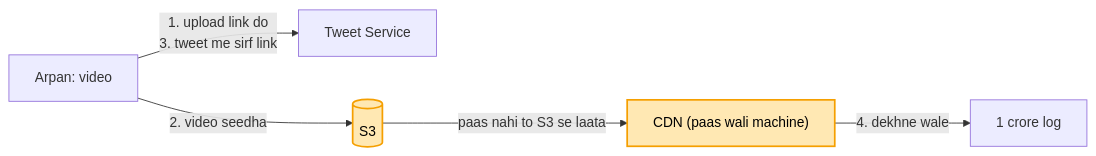
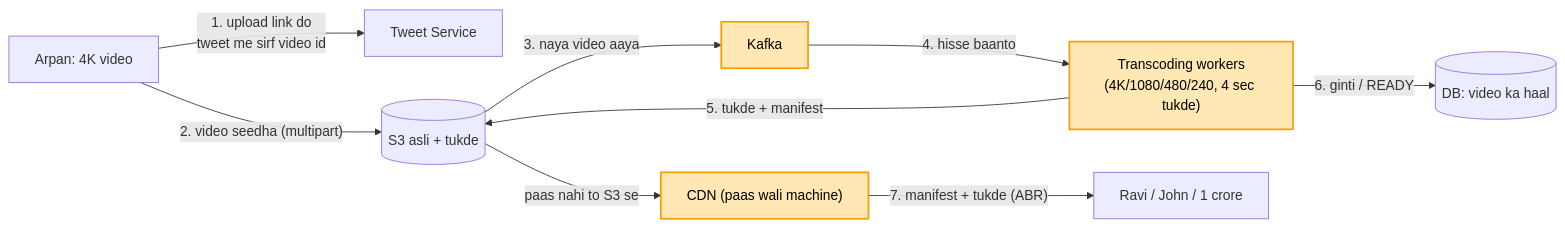
One commit to ArpanMaheshwari144/Prep changed the eighth of 9 diagrams in 04_HLD/SYSTEM_DESIGNS/03_twitter_feed/03_twitter_feed.md. Above: the diagram before and after it, drawn with Mermaid. The commit also changed other lines of this file and 1 other file, not shown here.

````diff
--- a/04_HLD/SYSTEM_DESIGNS/03_twitter_feed/03_twitter_feed.md
+++ b/04_HLD/SYSTEM_DESIGNS/03_twitter_feed/03_twitter_feed.md
@@ -380,9 +393,14 @@
 ```mermaid
 flowchart LR
-    U["Arpan: video"] -- "1. upload link do<br/>3. tweet me sirf link" --> TS["Tweet Service"]
-    U -- "2. video seedha" --> S3[("S3")]
-    S3 -- "paas nahi to S3 se laata" --> CDN["CDN (paas wali machine)"]
-    CDN -- "4. dekhne wale" --> V["1 crore log"]
-    style S3 fill:#ffe8b3,stroke:#f59f00,stroke-width:2px,color:#000
+    U["Arpan: 4K video"] -- "1. upload link do<br/>tweet me sirf video id" --> TS["Tweet Service"]
+    U -- "2. video seedha (multipart)" --> S3[("S3 asli + tukde")]
+    S3 -- "3. naya video aaya" --> K["Kafka"]
+    K -- "4. hisse baanto" --> W["Transcoding workers<br/>(4K/1080/480/240, 4 sec tukde)"]
+    W -- "5. tukde + manifest" --> S3
+    W -- "6. ginti / READY" --> DB[("DB: video ka haal")]
+    S3 -- "paas nahi to S3 se" --> CDN["CDN (paas wali machine)"]
+    CDN -- "7. manifest + tukde (ABR)" --> V["Ravi / John / 1 crore"]
+    style K fill:#ffe8b3,stroke:#f59f00,stroke-width:2px,color:#000
+    style W fill:#ffe8b3,stroke:#f59f00,stroke-width:2px,color:#000
     style CDN fill:#ffe8b3,stroke:#f59f00,stroke-width:2px,color:#000
 ```
````
